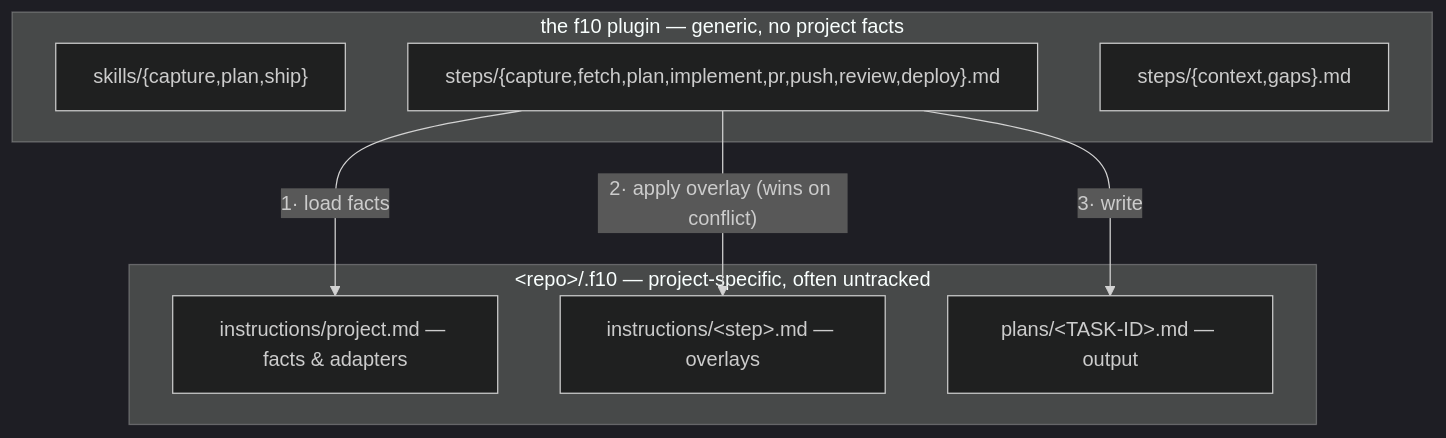
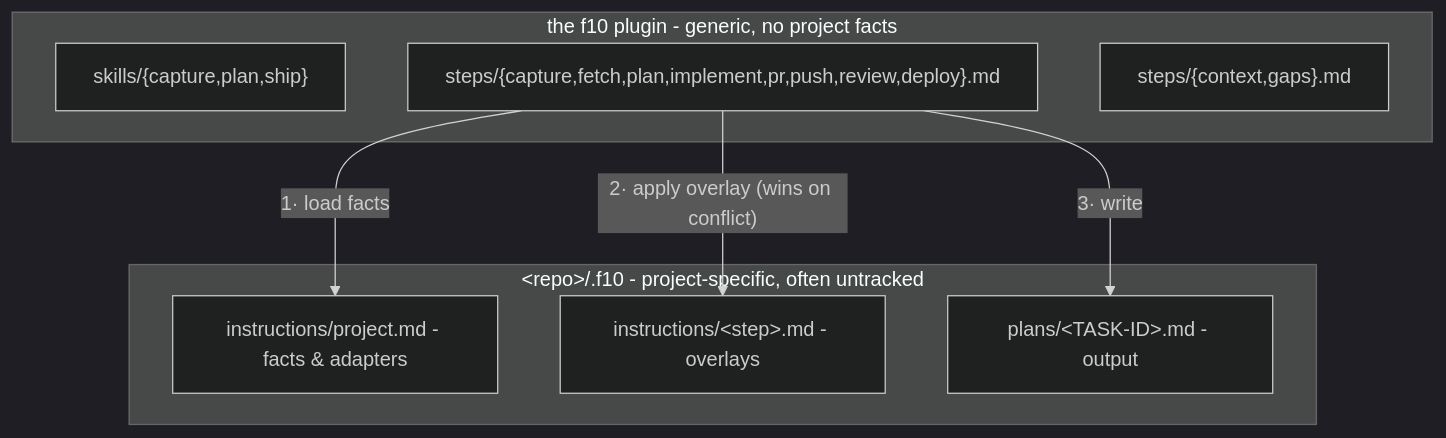
One commit to amberpixels/f10 changed the second of 2 diagrams in README.md. Above: the diagram before and after it, drawn with Mermaid (dark theme). The commit also changed other lines of this file and 2 other files, not shown here.

````diff
--- a/README.md
+++ b/README.md
@@ -124,16 +130,16 @@
 ```mermaid
 flowchart TB
-    subgraph plugin ["the f10 plugin — generic, no project facts"]
+    subgraph plugin ["the f10 plugin - generic, no project facts"]
         skills2["skills/{capture,plan,ship}"]
         gsteps["steps/{capture,fetch,plan,implement,pr,push,review,deploy}.md"]
         conv["steps/{context,gaps}.md"]
     end
-    subgraph repo ["&lt;repo&gt;/.f10 — project-specific, often untracked"]
-        proj["instructions/project.md — facts & adapters"]
-        over["instructions/&lt;step&gt;.md — overlays"]
-        plans2["plans/&lt;TASK-ID&gt;.md — output"]
+    subgraph repo ["&lt;repo&gt;/.f10 - project-specific, often untracked"]
+        proj["instructions/project.md - facts & adapters"]
+        over["instructions/&lt;step&gt;.md - overlays"]
+        plans2["plans/&lt;TASK-ID&gt;.md - output"]
     end
     gsteps -- "1· load facts" --> proj
     gsteps -- "2· apply overlay (wins on conflict)" --> over
     gsteps -- "3· write" --> plans2
 ```
````
